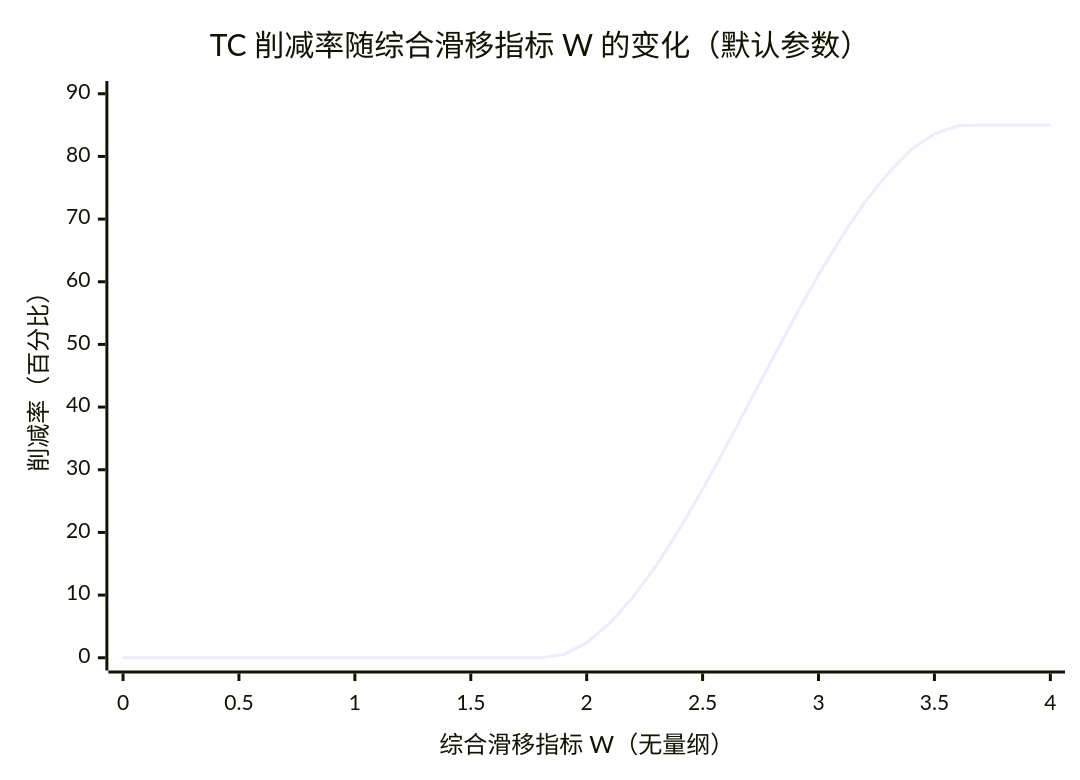
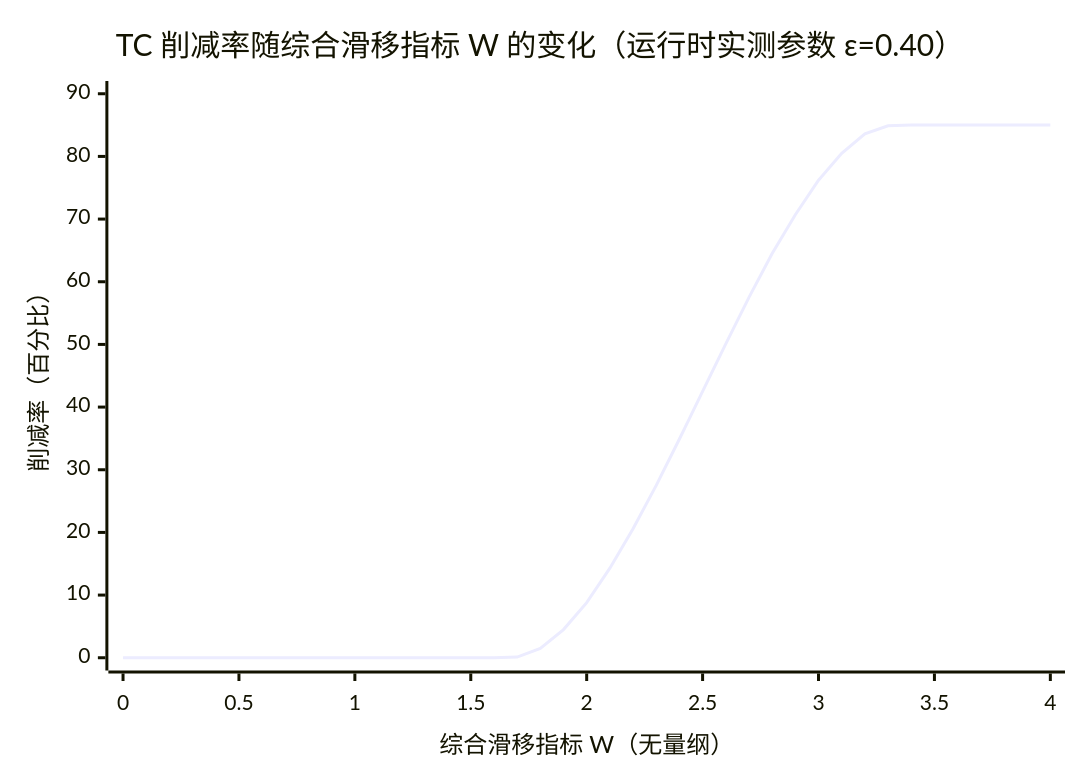
Diagram 18 of 19 in TECHNICAL_ANALYSIS.md (TakotsuboChen/ala-mobile-tool), drawn with Mermaid before and after one commit. The commit also changed other lines of this file, not shown here.

````diff
--- a/TECHNICAL_ANALYSIS.md
+++ b/TECHNICAL_ANALYSIS.md
@@ -759,12 +770,12 @@
 ```mermaid
 ---
 config:
   xyChart:
     plotColorPalette: "#2563eb"
 ---
 xychart-beta
-    title "TC 削减率随综合滑移指标 W 的变化（默认参数）"
+    title "TC 削减率随综合滑移指标 W 的变化（运行时实测参数 ε=0.40）"
     x-axis "综合滑移指标 W（无量纲）" 0 --> 4
     y-axis "削减率（百分比）" 0 --> 90
-    line [0.0, 0.0, 0.0, 0.0, 0.0, 0.0, 0.0, 0.0, 0.0, 0.0, 0.0, 0.0, 0.0, 0.0, 0.0, 0.0, 0.0, 0.0, 0.0, 0.5, 2.4, 5.5, 9.7, 14.7, 20.5, 26.9, 33.6, 40.6, 47.6, 54.5, 61.1, 67.2, 72.7, 77.3, 81.1, 83.6, 84.9, 85.0, 85.0, 85.0, 85.0]
+    line [0.0, 0.0, 0.0, 0.0, 0.0, 0.0, 0.0, 0.0, 0.0, 0.0, 0.0, 0.0, 0.0, 0.0, 0.0, 0.0, 0.0, 0.1, 1.5, 4.5, 8.8, 14.3, 20.6, 27.5, 34.9, 42.5, 50.1, 57.5, 64.5, 70.7, 76.2, 80.5, 83.6, 84.9, 85.0, 85.0, 85.0, 85.0, 85.0, 85.0, 85.0]
 ```
````
